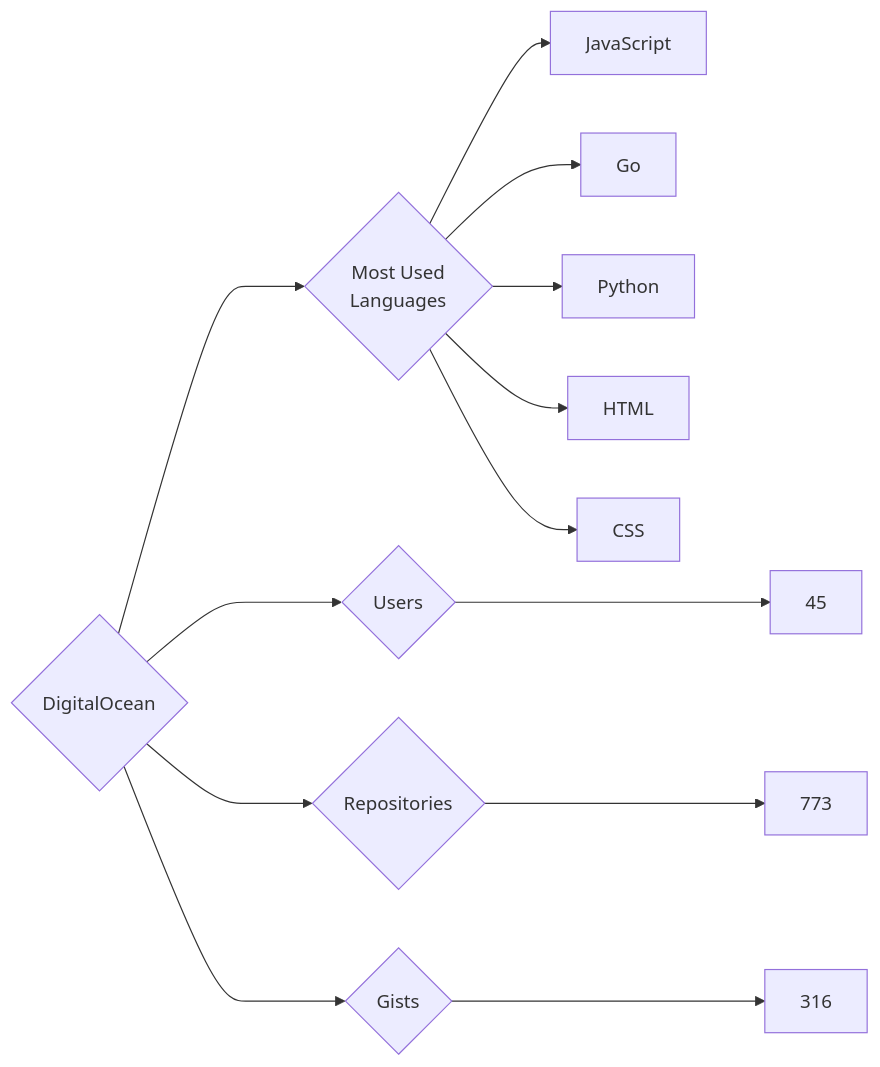
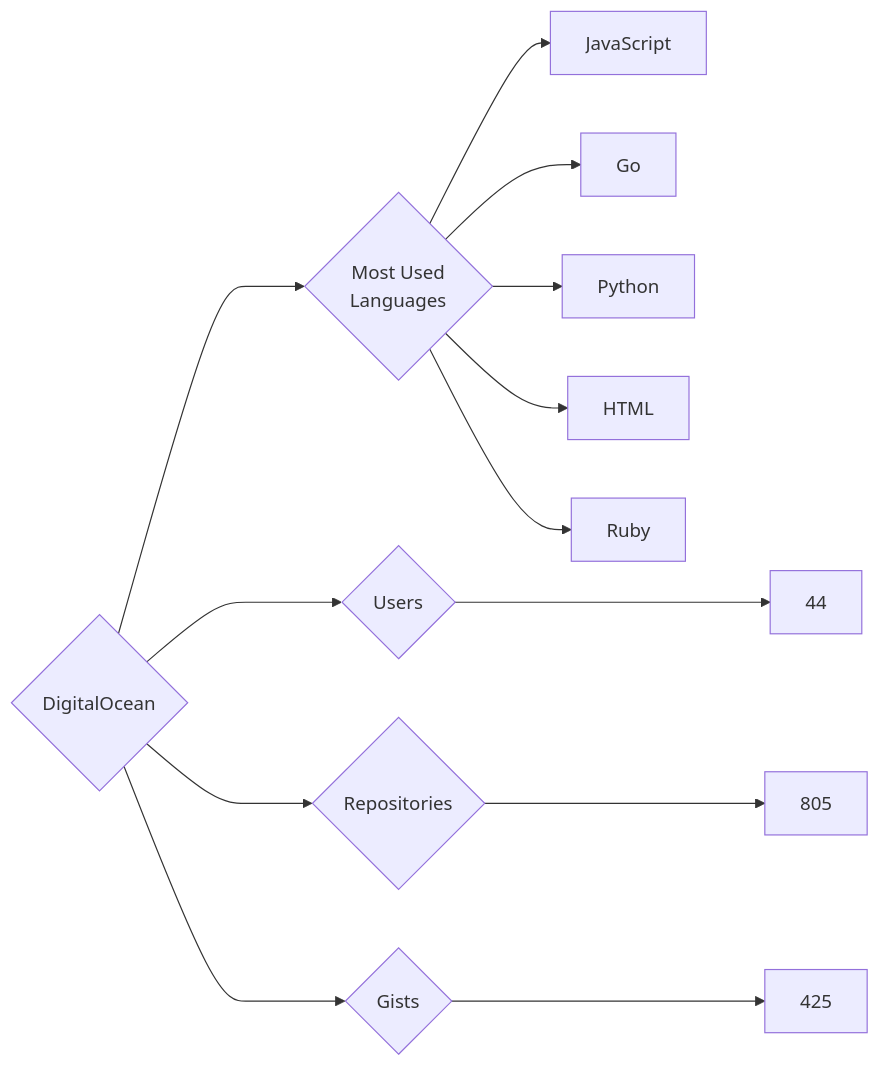
Before and after one commit to trickest/insiders: the diagram in targets/DigitalOcean/README.md, drawn with Mermaid. The commit also changed 984 other files, not shown here.

````diff
--- a/targets/DigitalOcean/README.md
+++ b/targets/DigitalOcean/README.md
@@ -3,13 +3,13 @@
 ```mermaid
 graph LR
 COMPANY_NAME{DigitalOcean}
-COMPANY_NAME ---> U{Users} ---> UN[45]
-COMPANY_NAME ---> R{Repositories} ---> RN[773]
-COMPANY_NAME ---> G{Gists} ---> GN[316]
+COMPANY_NAME ---> U{Users} ---> UN[44]
+COMPANY_NAME ---> R{Repositories} ---> RN[805]
+COMPANY_NAME ---> G{Gists} ---> GN[425]
 COMPANY_NAME ---> ML{Most Used<br>Languages}
 ML --> JavaScript[JavaScript]
 ML --> Go[Go]
 ML --> Python[Python]
 ML --> HTML[HTML]
-ML --> CSS[CSS]
+ML --> Ruby[Ruby]
 ```
````
